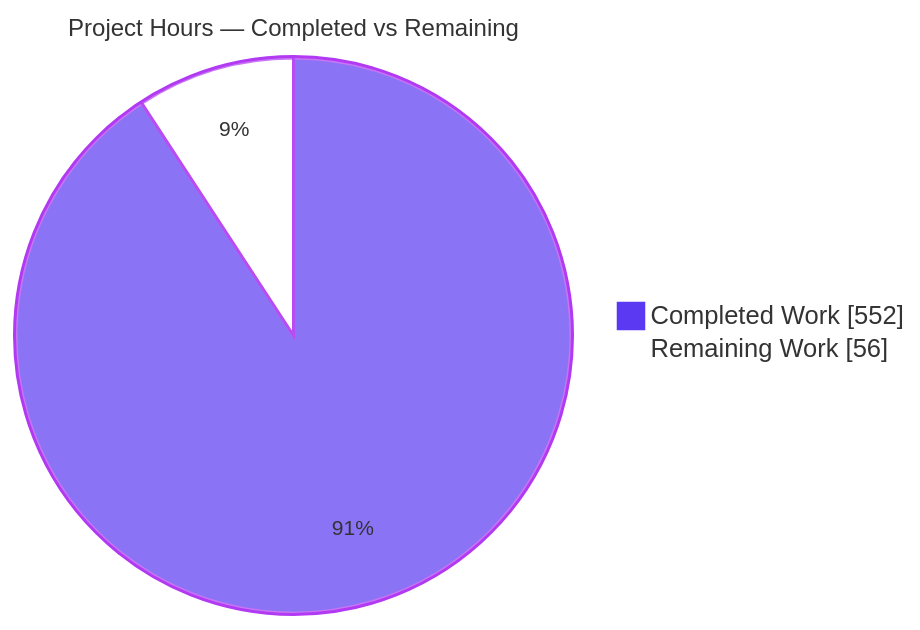
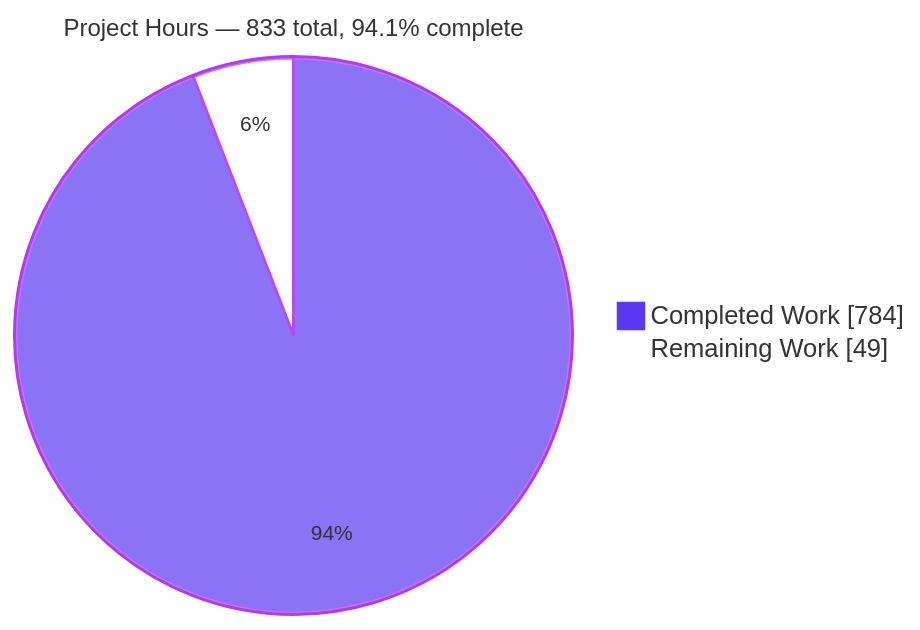
One commit to Blitzy-Sandbox/blitzy-ArkCase changed the second of 3 diagrams in blitzy/documentation/Project Guide.md. Above: the diagram before and after it, drawn with Mermaid. The commit also changed other lines of this file, not shown here.

Commit message:
Adding Blitzy Project Guide: Project Status and Human Tasks Remaining

````diff
--- a/blitzy/documentation/Project Guide.md
+++ b/blitzy/documentation/Project Guide.md
@@ -255,7 +260,7 @@
 ```mermaid
 %%{init: {'theme':'base', 'themeVariables': {'pie1':'#5B39F3','pie2':'#FFFFFF','pieStrokeColor':'#B23AF2','pieStrokeWidth':'2px','pieOuterStrokeColor':'#B23AF2','pieTitleTextSize':'16px','pieSectionTextSize':'14px'}}}%%
 pie showData
-    title Project Hours — Completed vs Remaining
-    "Completed Work" : 552
-    "Remaining Work" : 56
+    title Project Hours — 833 total, 94.1% complete
+    "Completed Work" : 784
+    "Remaining Work" : 49
 ```
````
